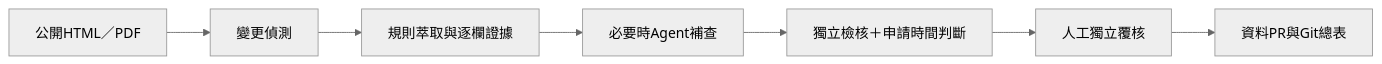
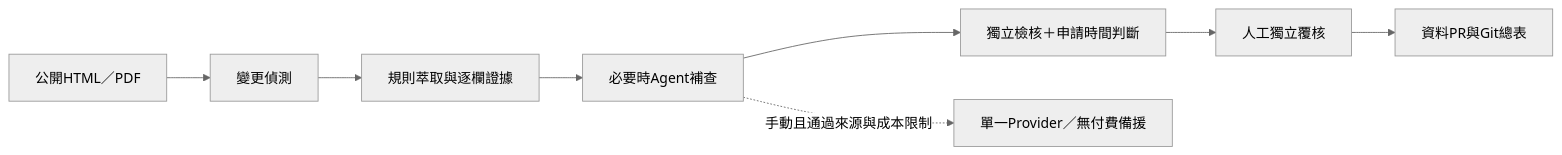
The first of 2 diagrams in README.md (matt-ye/opengsa), drawn with Mermaid (neutral theme) before and after one commit. The commit also changed other lines of this file and 37 other files, not shown here.

````diff
--- a/README.md
+++ b/README.md
@@ -44,9 +48,10 @@
 ```mermaid
 flowchart LR
  A[公開HTML／PDF] --> B[變更偵測]
  B --> C[規則萃取與逐欄證據]
  C --> D[必要時Agent補查]
  D --> E[獨立檢核＋申請時間判斷]
  E --> F[人工獨立覆核]
  F --> G[資料PR與Git總表]
+ D -.手動且通過來源與成本限制.-> M[單一Provider／無付費備援]
 ```
````
